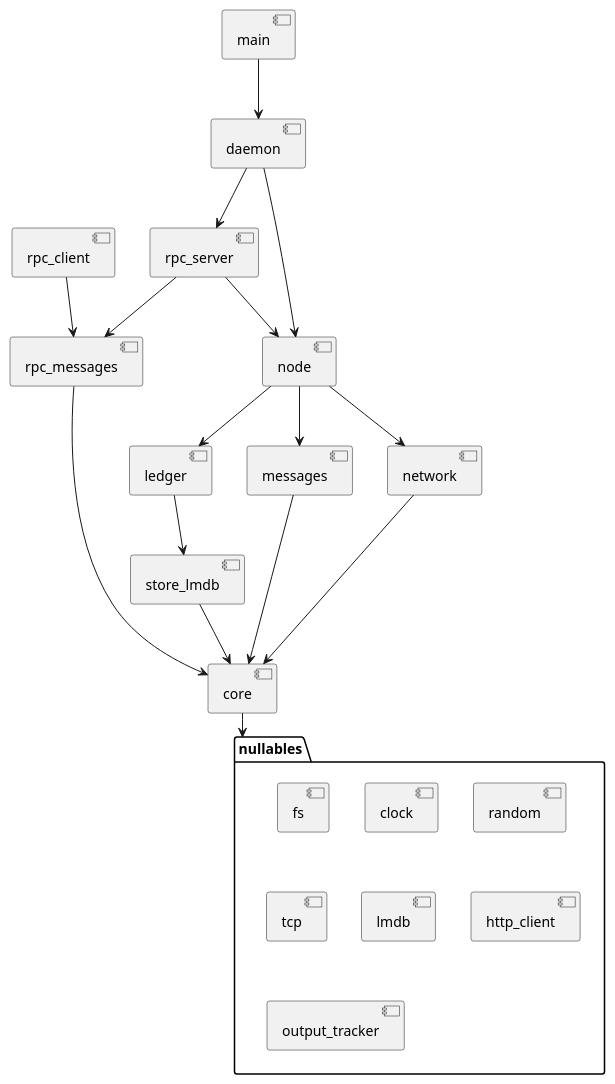
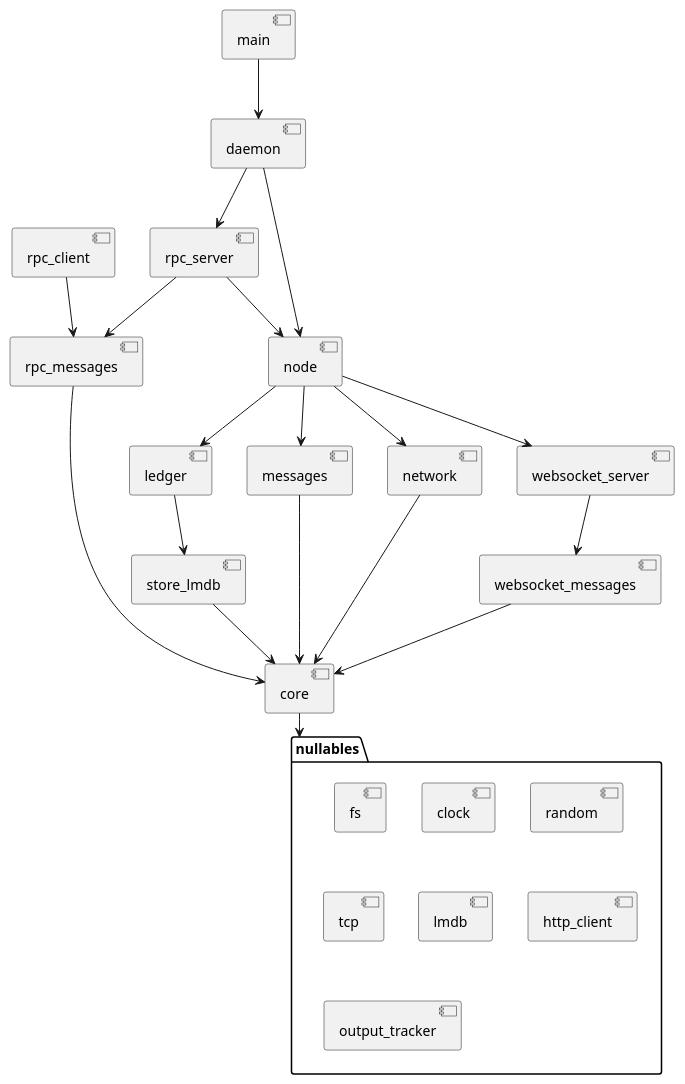
The diagram in doc/crates.puml (stjet/rsban-node), drawn with PlantUML before and after one commit.

Commit message:
Update crate diagram

```diff
--- a/doc/crates.puml
+++ b/doc/crates.puml
@@ -1,41 +1,46 @@
 @startuml "Split crates"
 
 [core]
 [ledger]
 [store_lmdb]
 [messages]
 [network]
 [daemon]
 [node]
 [main]
 [rpc_messages]
 [rpc_server]
 [rpc_client]
+[websocket_messages]
+[websocket_server]
 
 folder "nullables"{
 [fs]
 [clock]
 [random]
 [tcp]
 [lmdb]
 [http_client]
 [output_tracker]
 }
 
 [main] --> [daemon]
 [daemon] --> [node]
 [daemon] --> [rpc_server]
 [rpc_server] --> [node]
 [rpc_server] --> [rpc_messages]
 [rpc_client] --> [rpc_messages]
 [rpc_messages] --> [core]
 [node] --> [ledger]
 [node] --> [messages]
 [node] --> [network]
+[node] --> [websocket_server]
+[websocket_server] --> [websocket_messages]
+[websocket_messages] --> [core]
 [messages] --> [core]
 [network] --> [core]
 [ledger] --> [store_lmdb]
 [store_lmdb] --> [core]
 [core] --> "nullables"
 
 @enduml
```
